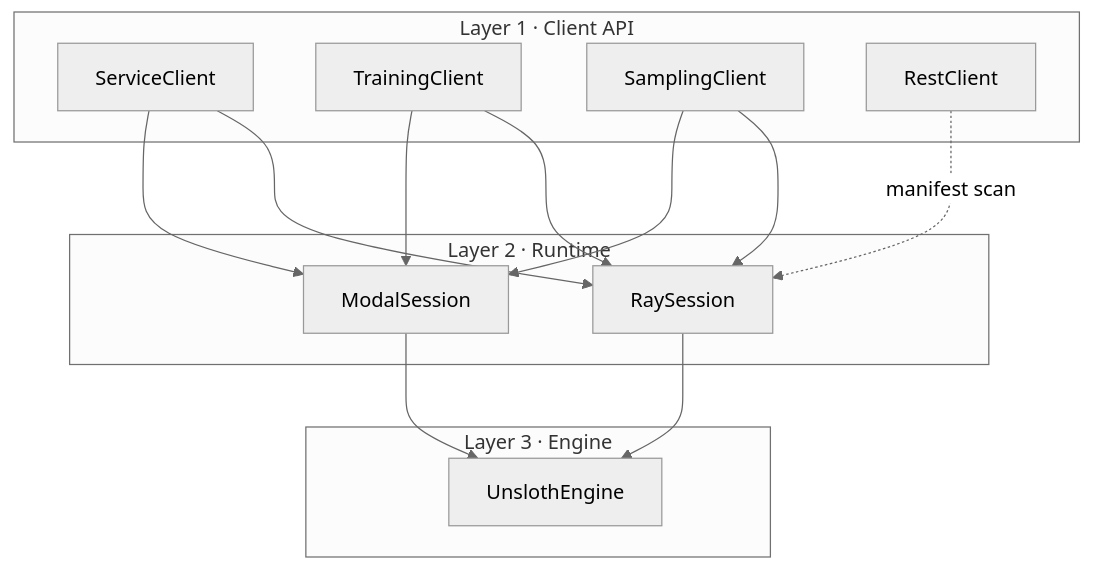
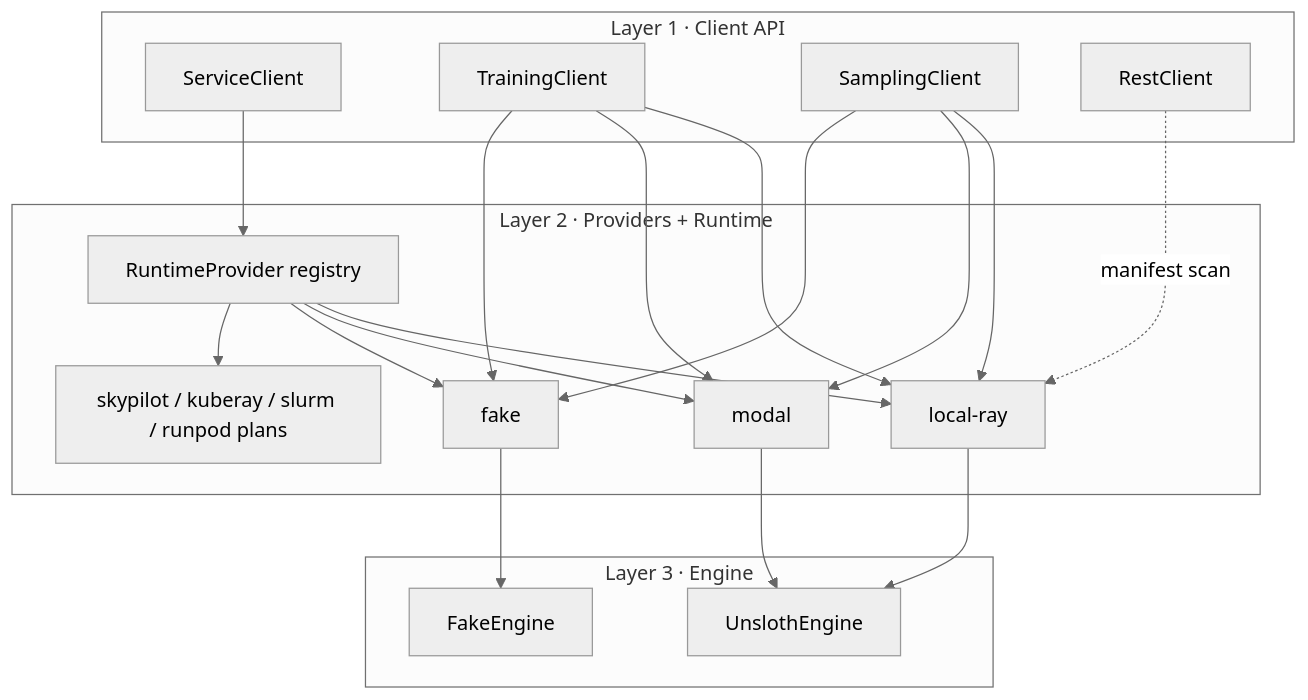
The first of 7 diagrams in docusaurus-docs/docs/architecture.md (arjungoray/ray-unsloth), drawn with Mermaid (neutral theme) before and after one commit. The commit also changed other lines of this file and 38 other files, not shown here.

````diff
--- a/docusaurus-docs/docs/architecture.md
+++ b/docusaurus-docs/docs/architecture.md
@@ -17,28 +17,38 @@
 ```mermaid
 flowchart TB
     subgraph L1["Layer 1 · Client API"]
         SC["ServiceClient"]
         TC["TrainingClient"]
         SamC["SamplingClient"]
         RC["RestClient"]
     end
 
-    subgraph L2["Layer 2 · Runtime"]
-        Ray["RaySession"]
-        Modal["ModalSession"]
+    subgraph L2["Layer 2 · Providers + Runtime"]
+        RP["RuntimeProvider registry"]
+        Ray["local-ray"]
+        Modal["modal"]
+        Fake["fake"]
+        Planned["skypilot / kuberay / slurm / runpod plans"]
     end
 
     subgraph L3["Layer 3 · Engine"]
         UE["UnslothEngine"]
+        FE["FakeEngine"]
     end
 
-    SC --> Ray
-    SC --> Modal
+    SC --> RP
+    RP --> Ray
+    RP --> Modal
+    RP --> Fake
+    RP --> Planned
     TC --> Ray
     TC --> Modal
+    TC --> Fake
     SamC --> Ray
     SamC --> Modal
+    SamC --> Fake
     RC -.->|manifest scan| Ray
     Ray --> UE
     Modal --> UE
+    Fake --> FE
 ```
````
